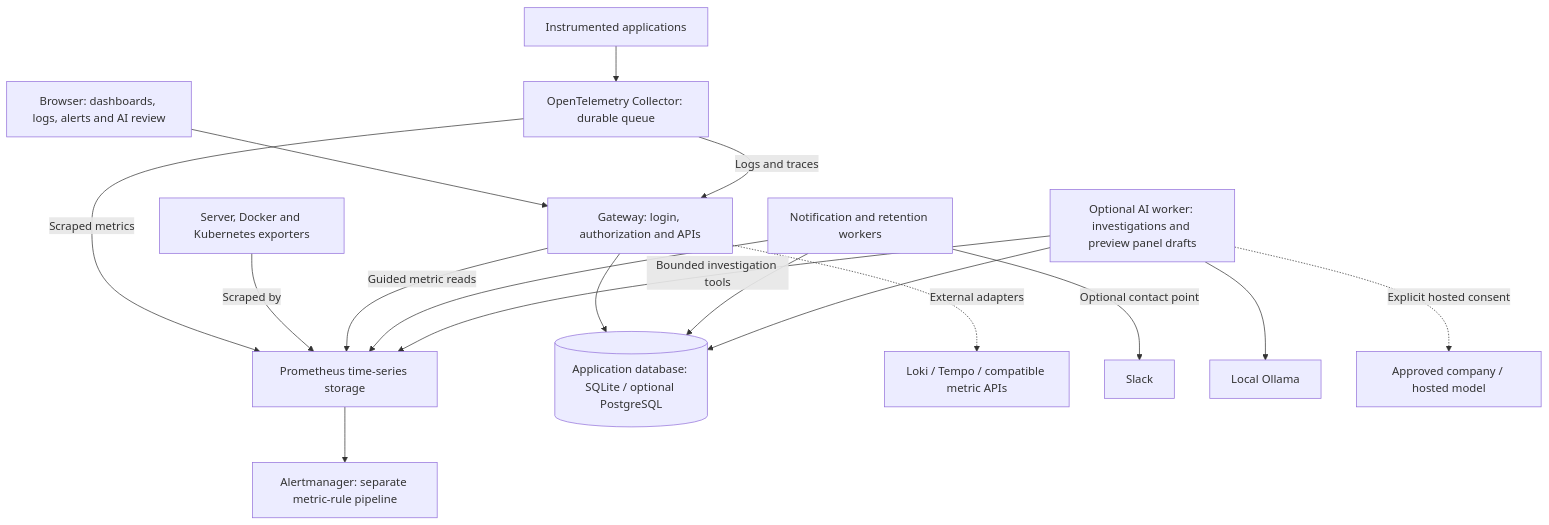
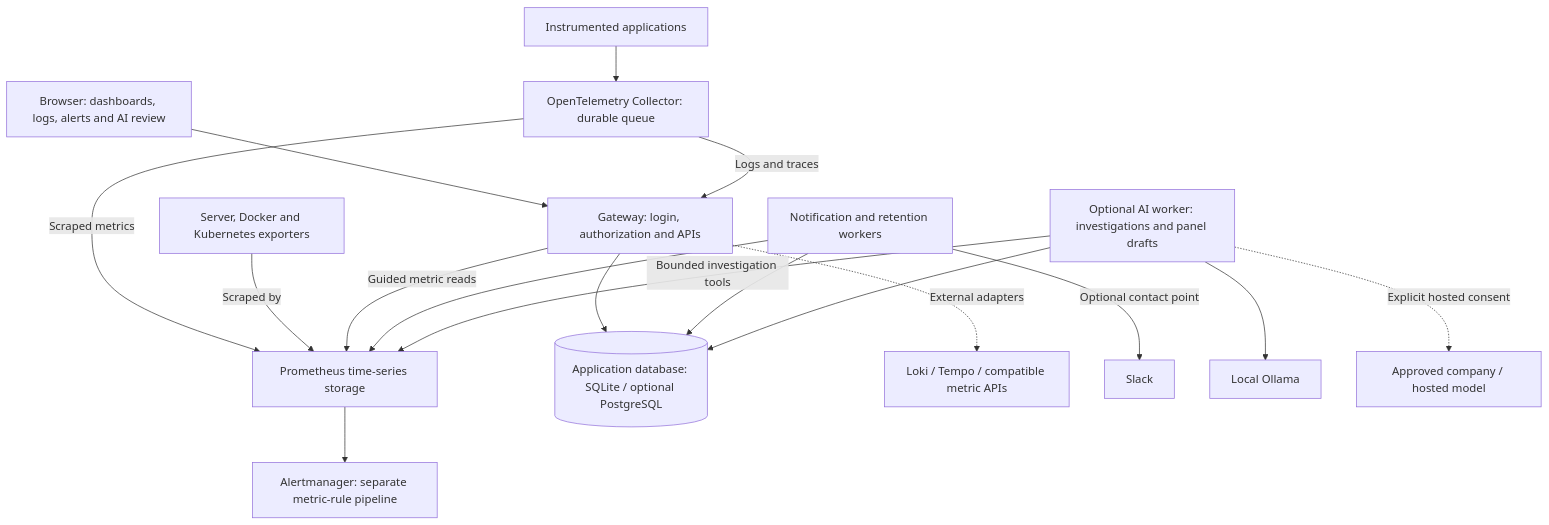
The diagram in README.md (montralog/montralog), drawn with Mermaid before and after one commit. The commit also changed 1 other file, not shown here.

Commit message:
Link 0.8.1 release evidence and finalize documentation status

````diff
--- a/README.md
+++ b/README.md
@@ -111,19 +111,19 @@
 ```mermaid
 flowchart TB
   UI["Browser: dashboards, logs, alerts and AI review"] --> Gateway["Gateway: login, authorization and APIs"]
   Apps["Instrumented applications"] --> Collector["OpenTelemetry Collector: durable queue"]
   Collector -->|Logs and traces| Gateway
   Collector -->|Scraped metrics| Prometheus["Prometheus time-series storage"]
   Exporters["Server, Docker and Kubernetes exporters"] -->|Scraped by| Prometheus
   Gateway --> DB[("Application database: SQLite / optional PostgreSQL")]
   Gateway -->|Guided metric reads| Prometheus
   Gateway -. External adapters .-> Backends["Loki / Tempo / compatible metric APIs"]
   Worker["Notification and retention workers"] --> DB
   Worker --> Prometheus
   Worker -->|Optional contact point| Slack["Slack"]
   Prometheus --> Alertmanager["Alertmanager: separate metric-rule pipeline"]
-  AI["Optional AI worker: investigations and preview panel drafts"] --> DB
+  AI["Optional AI worker: investigations and panel drafts"] --> DB
   AI -->|Bounded investigation tools| Prometheus
   AI --> Local["Local Ollama"]
   AI -. Explicit hosted consent .-> Hosted["Approved company / hosted model"]
 ```
````
